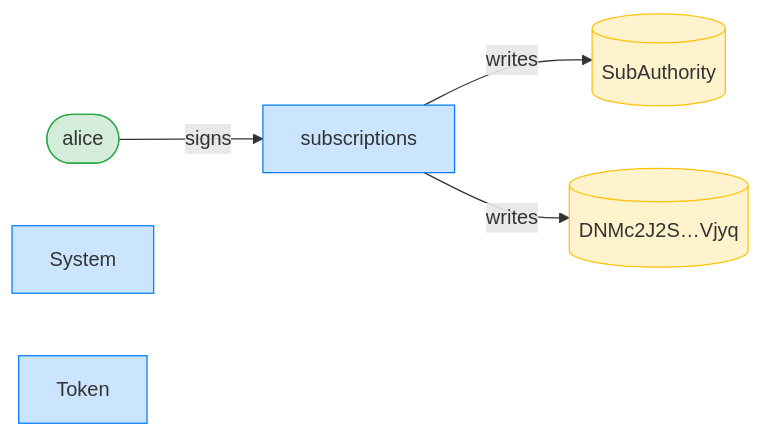
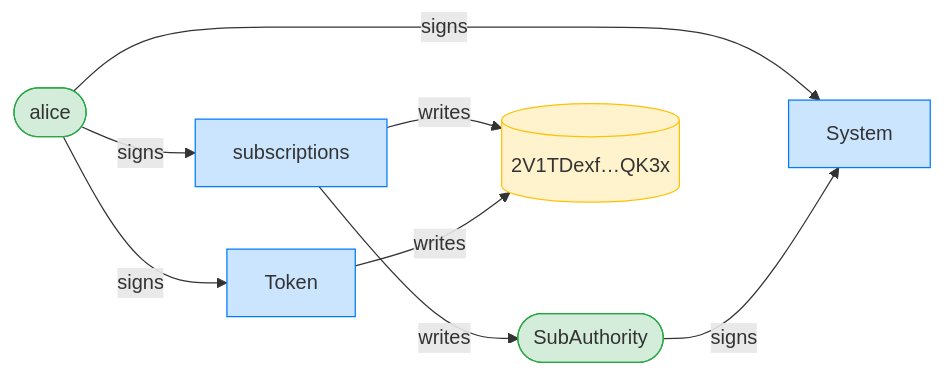
The third of 4 diagrams in dsl_tests/close--signer-accounts-must-sign.md (cds-rs/subscriptions), drawn with Mermaid before and after one commit. The commit also changed other lines of this file and 224 other files, not shown here.

````diff
--- a/dsl_tests/close--signer-accounts-must-sign.md
+++ b/dsl_tests/close--signer-accounts-must-sign.md
@@ -53,15 +54,19 @@
 ```mermaid
 flowchart LR
     classDef signer fill:#d4edda,stroke:#28a745;
     classDef program fill:#cce5ff,stroke:#007bff;
     classDef writable fill:#fff3cd,stroke:#ffc107;
     subscriptions[subscriptions]:::program
     alice([alice]):::signer
-    SubAuthority[(SubAuthority)]:::writable
-    DNMc2J2S_Vjyq[("DNMc2J2S…Vjyq")]:::writable
+    SubAuthority([SubAuthority]):::signer
+    2V1TDexf_QK3x[("2V1TDexf…QK3x")]:::writable
     System[System]:::program
     Token[Token]:::program
     alice -->|signs| subscriptions
+    alice -->|signs| System
+    SubAuthority -->|signs| System
+    alice -->|signs| Token
     subscriptions -->|writes| SubAuthority
-    subscriptions -->|writes| DNMc2J2S_Vjyq
+    subscriptions -->|writes| 2V1TDexf_QK3x
+    Token -->|writes| 2V1TDexf_QK3x
 ```
````
